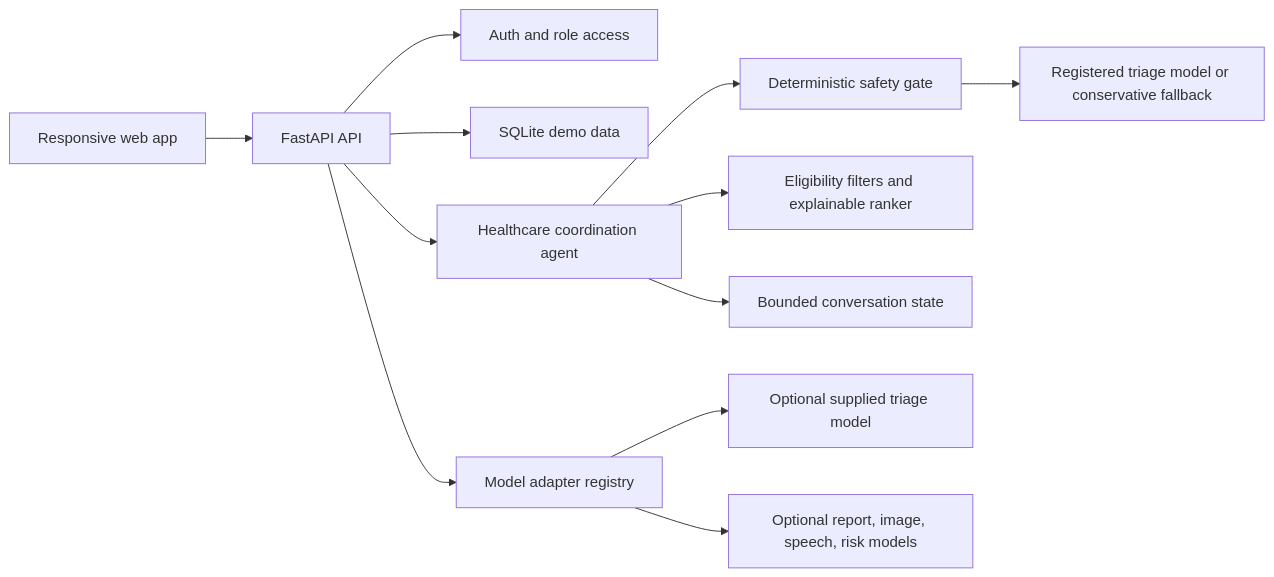
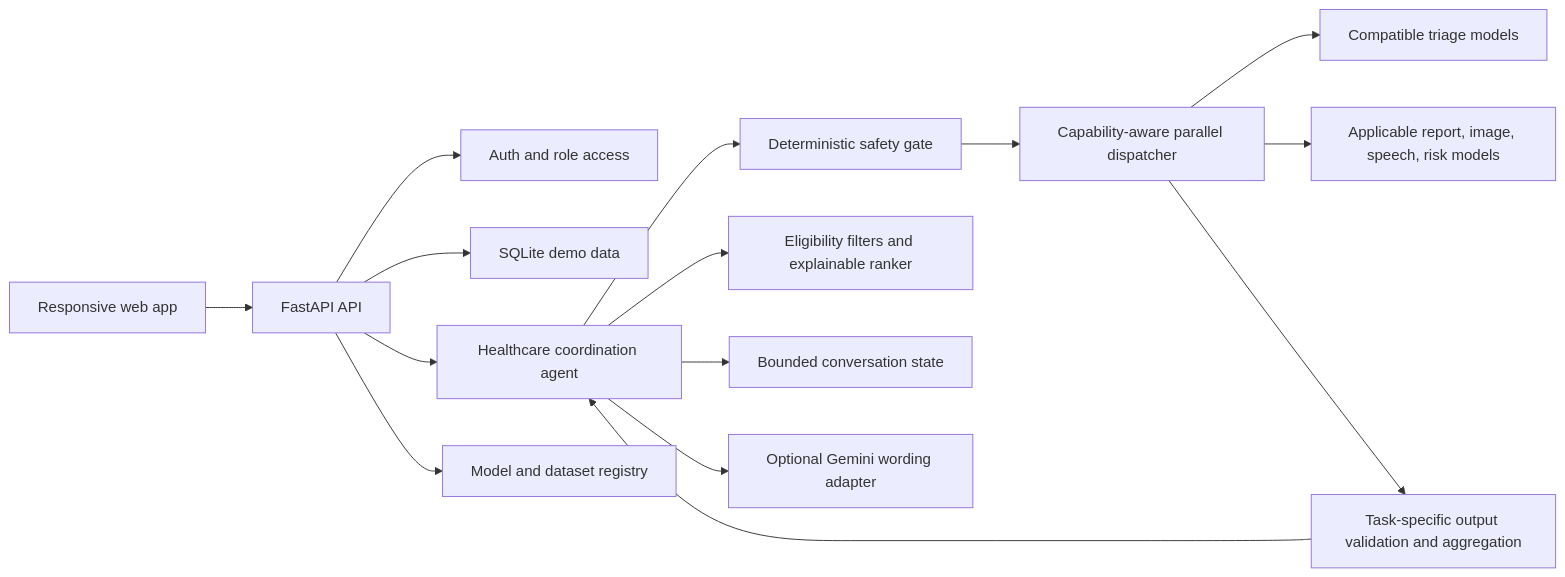
One commit to RamKrishnatrey/SwasthyaAI changed the diagram in docs/superpowers/specs/2026-10-24-swasthya-platform-design.md. Above: the diagram before and after it, drawn with Mermaid. The commit also changed other lines of this file, not shown here.

Commit message:
docs: specify concurrent model integration

````diff
--- a/docs/superpowers/specs/2026-10-24-swasthya-platform-design.md
+++ b/docs/superpowers/specs/2026-10-24-swasthya-platform-design.md
@@ -32,14 +34,17 @@
 ```mermaid
 flowchart LR
   UI[Responsive web app] --> API[FastAPI API]
   API --> Auth[Auth and role access]
   API --> Records[SQLite demo data]
   API --> Agent[Healthcare coordination agent]
   Agent --> Safety[Deterministic safety gate]
-  Safety --> Triage[Registered triage model or conservative fallback]
+  Safety --> Dispatcher[Capability-aware parallel dispatcher]
+  Dispatcher --> Triage[Compatible triage models]
+  Dispatcher --> OtherModels[Applicable report, image, speech, risk models]
+  Dispatcher --> Arbiter[Task-specific output validation and aggregation]
+  Arbiter --> Agent
   Agent --> Matcher[Eligibility filters and explainable ranker]
   Agent --> State[Bounded conversation state]
-  API --> Models[Model adapter registry]
-  Models --> TriageModel[Optional supplied triage model]
-  Models --> OtherModels[Optional report, image, speech, risk models]
+  Agent --> Gemini[Optional Gemini wording adapter]
+  API --> Models[Model and dataset registry]
 ```
````
